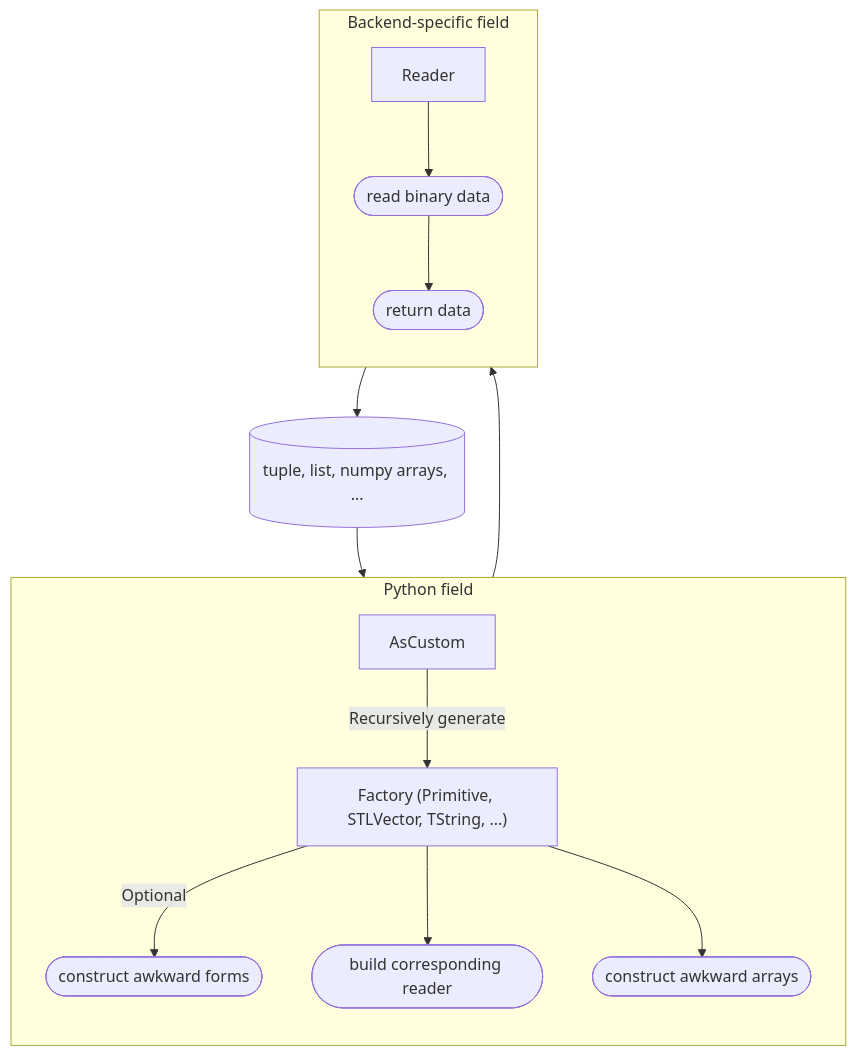
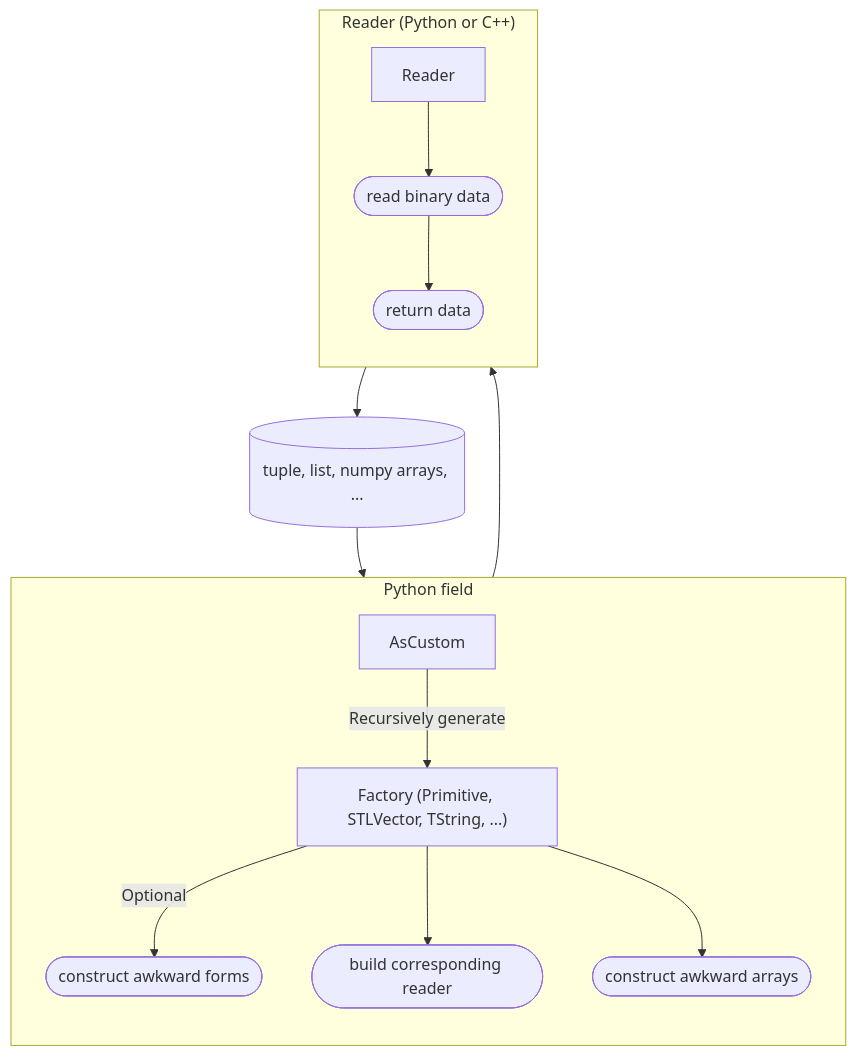
The diagram in docs/index.md (mrzimu/uproot-custom), drawn with Mermaid before and after one commit. The commit also changed other lines of this file and 16 other files, not shown here.

````diff
--- a/docs/index.md
+++ b/docs/index.md
@@ -17,20 +17,20 @@
 ```{mermaid}
 flowchart TD
     subgraph py["Python field"]
         direction TB
         AsCustom -- Recursively generate --> fac["Factory (Primitive, STLVector, TString, ...)"]
         fac["Factory (Primitive, STLVector, TString, ...)"] -- Optional --> form(["construct awkward forms"])
         fac --> build_reader(["build corresponding reader"])
         fac --> build_ak(["construct awkward arrays"])
     end
 
-    subgraph cpp["Backend-specific field"]
+    subgraph reader_field["Reader (Python or C++)"]
         direction TB
         build_reader --> reader["Reader"]
         reader --> read_bin(["read binary data"])
         read_bin --> ret_data(["return data"])
     end
 
     ret_data --> raw_data[("tuple, list, numpy arrays, ...")]
     raw_data --> build_ak
 ```
````
